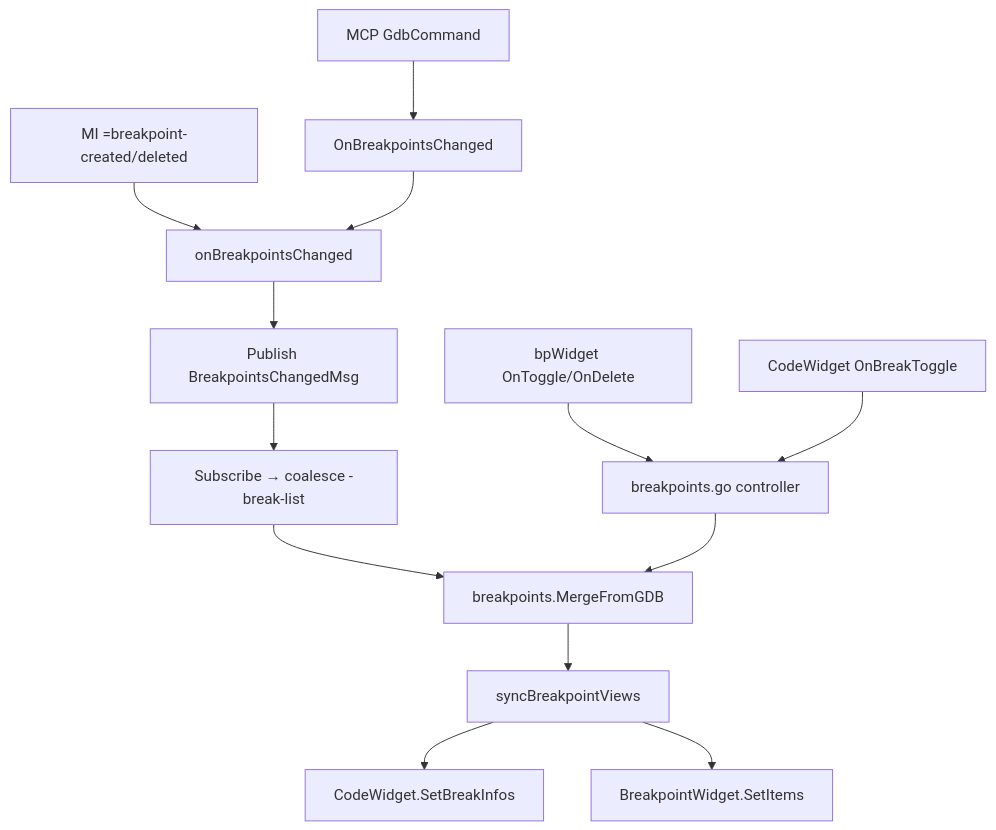
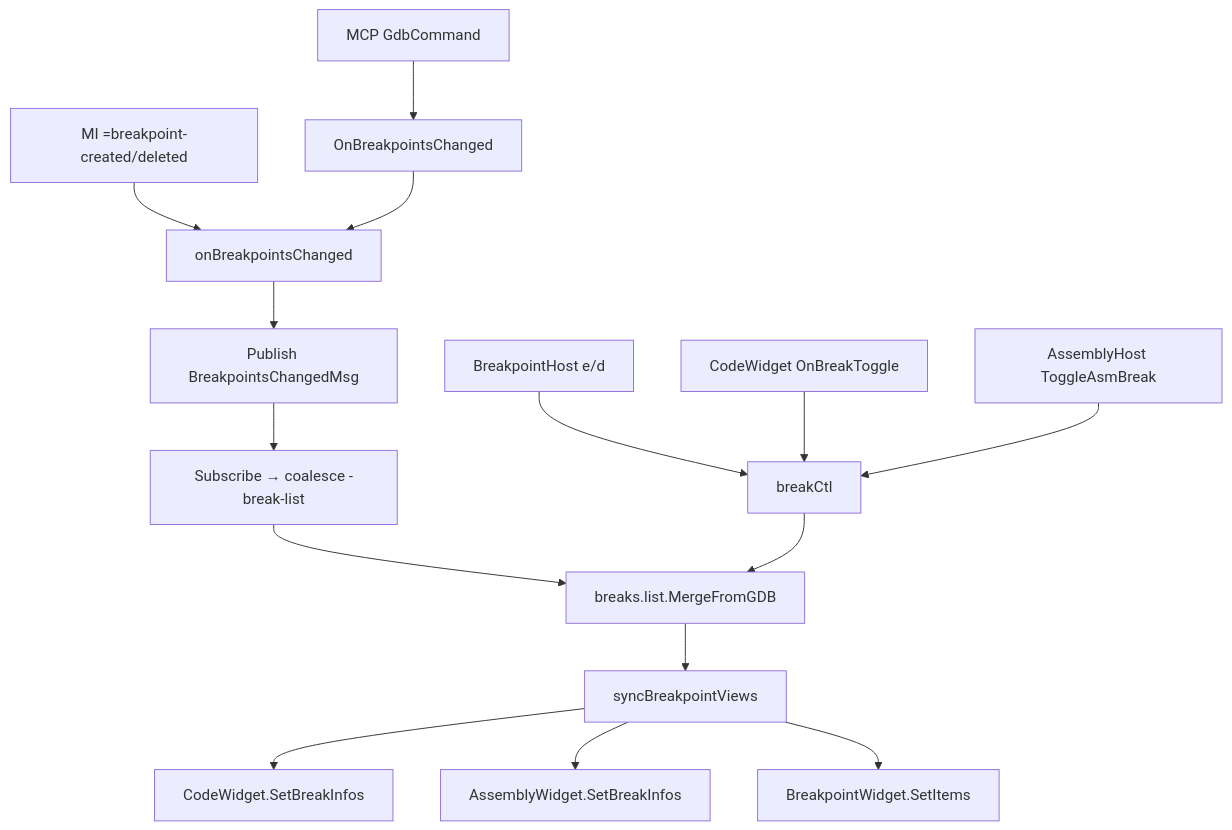
Before and after one commit to yairgd/gdbforge: the fourth of 7 diagrams in docs/DEBUGGER_INTEGRATION.md, drawn with Mermaid. The commit also changed other lines of this file and 13 other files, not shown here.

````diff
--- a/docs/DEBUGGER_INTEGRATION.md
+++ b/docs/DEBUGGER_INTEGRATION.md
@@ -342,15 +344,17 @@
 ```mermaid
 flowchart TD
   MI["MI =breakpoint-created/deleted"] --> OBC["onBreakpointsChanged"]
   MCP["MCP GdbCommand"] --> MCPCB["OnBreakpointsChanged"]
   MCPCB --> OBC
   OBC --> BUS["Publish BreakpointsChangedMsg"]
   BUS --> SUB["Subscribe → coalesce -break-list"]
-  SUB --> MERGE["breakpoints.MergeFromGDB"]
+  SUB --> MERGE["breaks.list.MergeFromGDB"]
   MERGE --> SYNC["syncBreakpointViews"]
-  BP["bpWidget OnToggle/OnDelete"] --> CTRL["breakpoints.go controller"]
+  BP["BreakpointHost e/d"] --> CTRL["breakCtl"]
   CODE["CodeWidget OnBreakToggle"] --> CTRL
+  ASM["AssemblyHost ToggleAsmBreak"] --> CTRL
   CTRL --> MERGE
   SYNC --> CW["CodeWidget.SetBreakInfos"]
+  SYNC --> AW["AssemblyWidget.SetBreakInfos"]
   SYNC --> BPW["BreakpointWidget.SetItems"]
 ```
````
